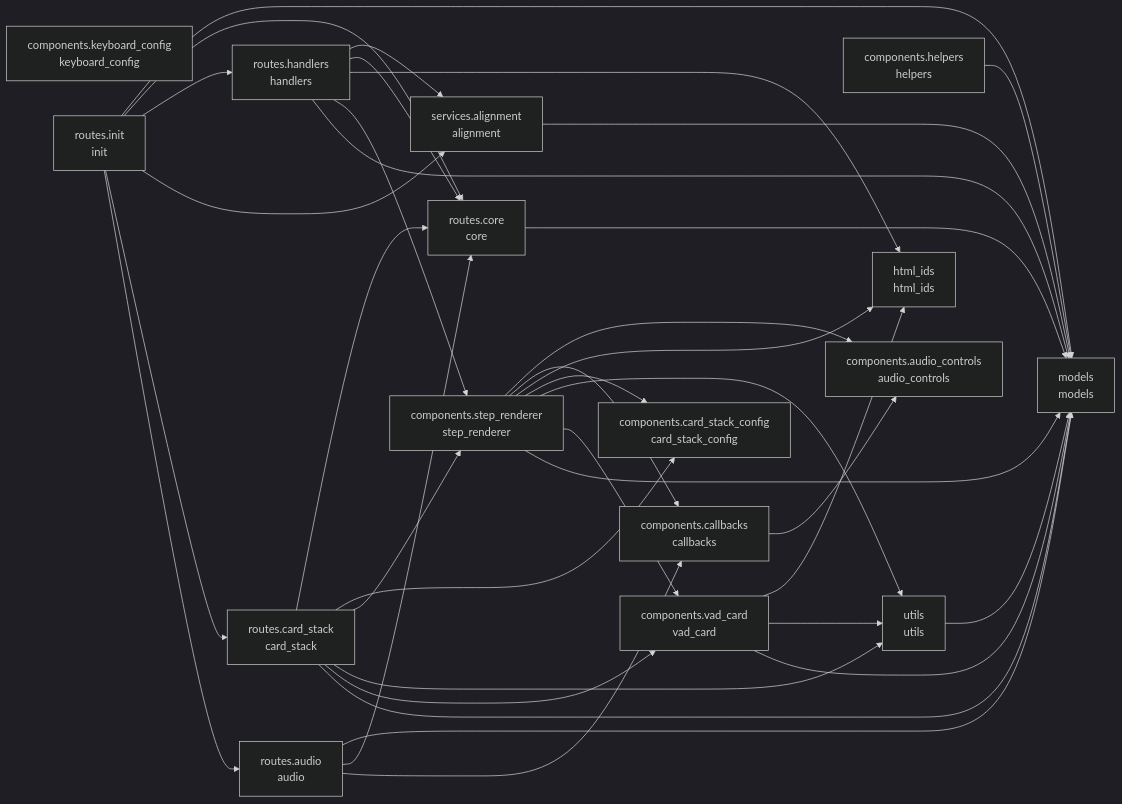
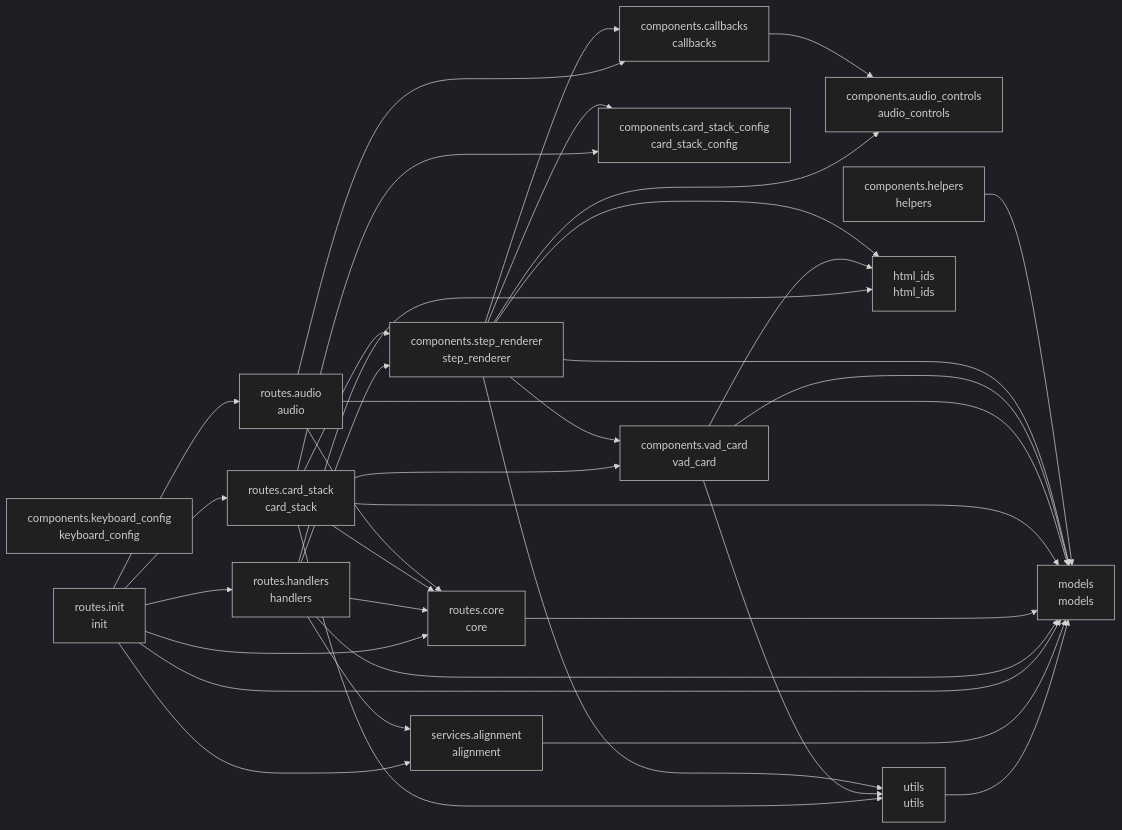
The diagram in README.md (cj-mills/cjm-transcript-vad-align), drawn with Mermaid (dark theme) before and after one commit. The commit also changed other lines of this file and 4 other files, not shown here.

````diff
--- a/README.md
+++ b/README.md
@@ -39,55 +39,55 @@
 ``` mermaid
 graph LR
     components_audio_controls[components.audio_controls<br/>audio_controls]
     components_callbacks[components.callbacks<br/>callbacks]
     components_card_stack_config[components.card_stack_config<br/>card_stack_config]
     components_helpers[components.helpers<br/>helpers]
     components_keyboard_config[components.keyboard_config<br/>keyboard_config]
     components_step_renderer[components.step_renderer<br/>step_renderer]
     components_vad_card[components.vad_card<br/>vad_card]
     html_ids[html_ids<br/>html_ids]
     models[models<br/>models]
     routes_audio[routes.audio<br/>audio]
     routes_card_stack[routes.card_stack<br/>card_stack]
     routes_core[routes.core<br/>core]
     routes_handlers[routes.handlers<br/>handlers]
     routes_init[routes.init<br/>init]
     services_alignment[services.alignment<br/>alignment]
     utils[utils<br/>utils]
 
     components_callbacks --> components_audio_controls
     components_helpers --> models
+    components_step_renderer --> html_ids
+    components_step_renderer --> models
+    components_step_renderer --> components_callbacks
     components_step_renderer --> components_audio_controls
-    components_step_renderer --> components_callbacks
-    components_step_renderer --> html_ids
     components_step_renderer --> components_card_stack_config
+    components_step_renderer --> components_vad_card
     components_step_renderer --> utils
-    components_step_renderer --> components_vad_card
-    components_step_renderer --> models
     components_vad_card --> html_ids
+    components_vad_card --> models
     components_vad_card --> utils
-    components_vad_card --> models
-    routes_audio --> models
     routes_audio --> routes_core
     routes_audio --> components_callbacks
+    routes_audio --> models
     routes_card_stack --> routes_core
+    routes_card_stack --> models
+    routes_card_stack --> components_step_renderer
     routes_card_stack --> components_card_stack_config
-    routes_card_stack --> components_step_renderer
+    routes_card_stack --> components_vad_card
     routes_card_stack --> utils
-    routes_card_stack --> components_vad_card
-    routes_card_stack --> models
     routes_core --> models
+    routes_handlers --> html_ids
+    routes_handlers --> models
+    routes_handlers --> components_step_renderer
+    routes_handlers --> routes_core
     routes_handlers --> services_alignment
-    routes_handlers --> routes_core
-    routes_handlers --> html_ids
-    routes_handlers --> components_step_renderer
-    routes_handlers --> models
+    routes_init --> routes_audio
+    routes_init --> services_alignment
     routes_init --> models
     routes_init --> routes_core
+    routes_init --> routes_card_stack
     routes_init --> routes_handlers
-    routes_init --> services_alignment
-    routes_init --> routes_card_stack
-    routes_init --> routes_audio
     services_alignment --> models
     utils --> models
 ```
````
